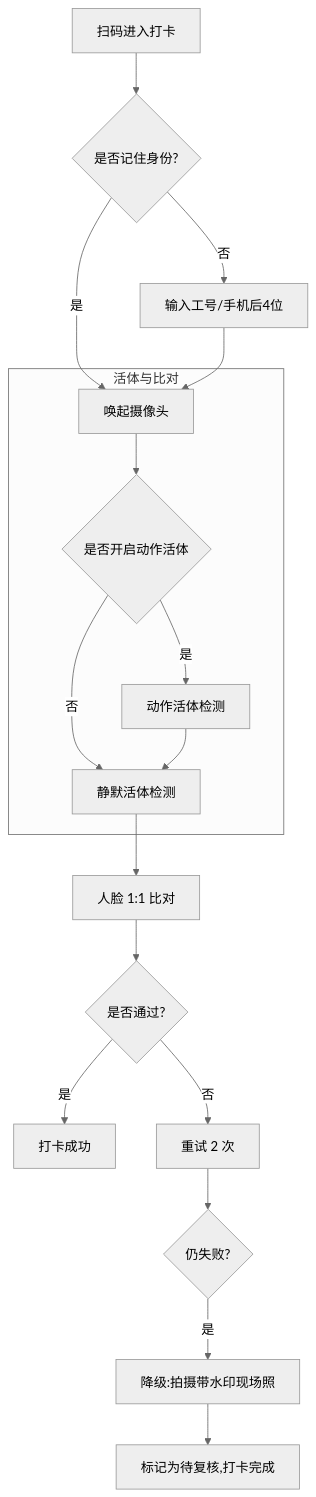
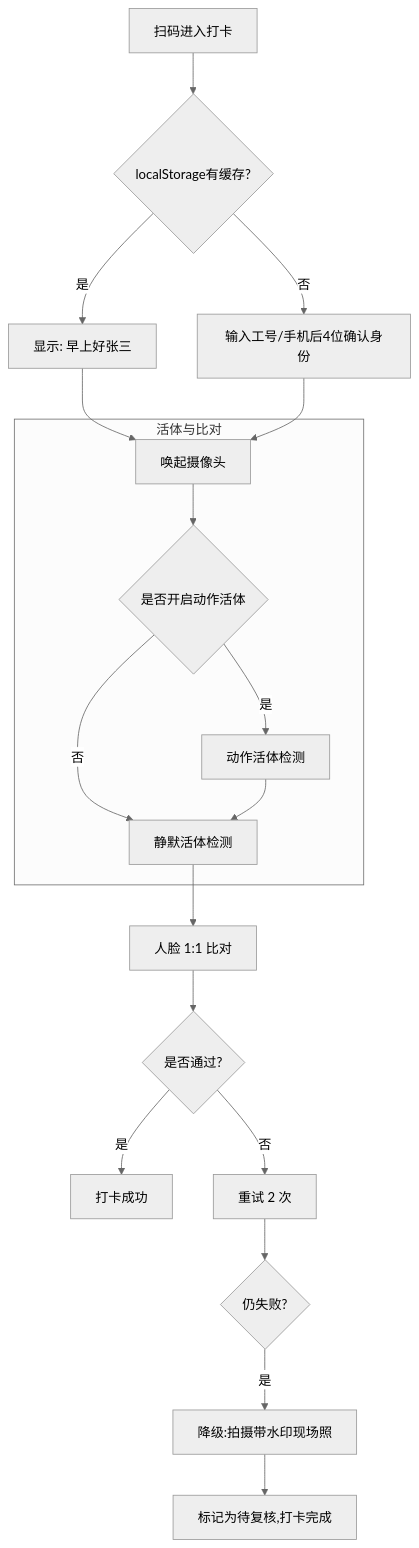
One commit to Guoaking/v-backend changed the second of 2 diagrams in docs/architecture/ATTENDANCE_APP_DESIGN.md. Above: the diagram before and after it, drawn with Mermaid (neutral theme). The commit also changed other lines of this file and 1 other file, not shown here.

````diff
--- a/docs/architecture/ATTENDANCE_APP_DESIGN.md
+++ b/docs/architecture/ATTENDANCE_APP_DESIGN.md
@@ -73,24 +79,25 @@
 ```mermaid
 flowchart TD
-    A[扫码进入打卡] --> A1{是否记住身份?}
-    A1 -- 否 --> A2[输入工号/手机后4位]
-    A1 -- 是 --> B[唤起摄像头]
+    A[扫码进入打卡] --> A1{localStorage有缓存?}
+    A1 -- 否 --> A2[输入工号/手机后4位确认身份]
+    A1 -- 是 --> A3[显示: 早上好张三]
+    A3 --> B[唤起摄像头]
     A2 --> B
     
     subgraph 活体与比对
     B --> C{是否开启动作活体}
     C -- 否 --> D[静默活体检测]
     C -- 是 --> E[动作活体检测]
     E --> D
     end
     
     D --> F[人脸 1:1 比对]
     F --> G{是否通过?}
     
     G -- 是 --> I[打卡成功]
     G -- 否 --> H[重试 2 次]
     
     H --> H1{仍失败?}
     H1 -- 是 --> H2[降级:拍摄带水印现场照]
     H2 --> H3[标记为待复核,打卡完成]
 ```
````
